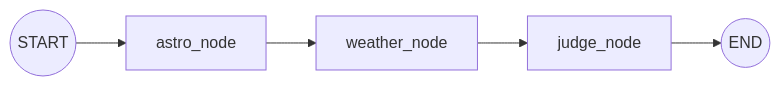
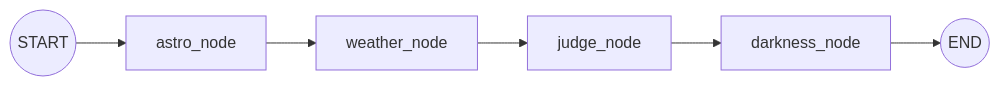
One commit to 2sseul/mcp_jeju_stars changed the diagram in docs/architecture.md. Above: the diagram before and after it, drawn with Mermaid. The commit also changed other lines of this file and 1 other file, not shown here.

````diff
--- a/docs/architecture.md
+++ b/docs/architecture.md
@@ -191,7 +275,8 @@
 ```mermaid
 flowchart LR
     START((START)) --> A[astro_node]
     A --> W[weather_node]
     W --> J[judge_node]
-    J --> ENDNODE((END))
+    J --> D[darkness_node]
+    D --> ENDNODE((END))
 ```
````
